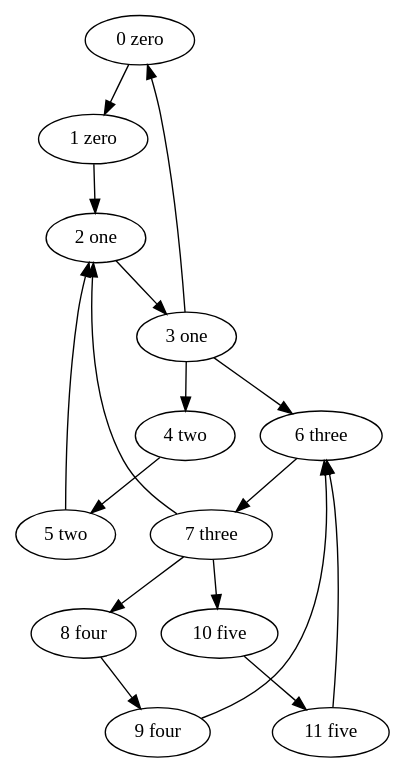
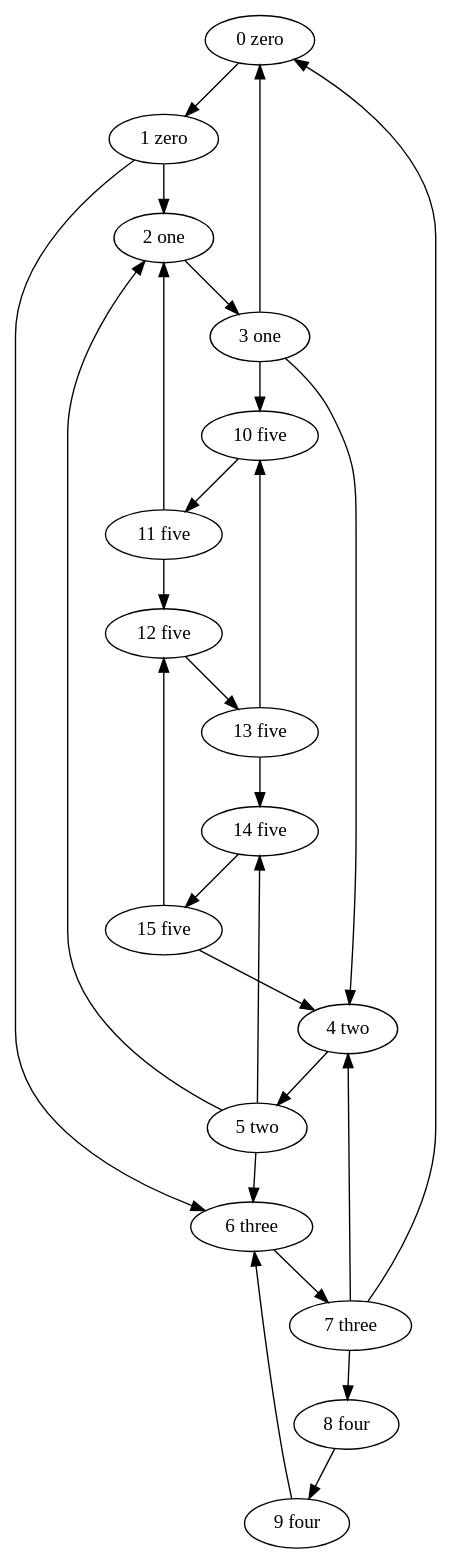
One commit to Xel4ek/lem_in changed the diagram in 1.gv. Above: the diagram before and after it, drawn with Graphviz. The commit also changed 205 other files, not shown here.

```diff
--- a/1.gv
+++ b/1.gv
@@ -1,30 +1,44 @@
 digraph 4 {
 	"0 zero";
 	"3 one";
 	"2 one";
 	"5 two";
 	"4 two";
 	"7 three";
 	"6 three";
 	"9 four";
 	"8 four";
 	"11 five";
 	"10 five";
+	"13 five";
+	"12 five";
+	"15 five";
+	"14 five";
 	"1 zero";
 	"3 one" -> "0 zero";
+	"7 three" -> "0 zero";
 	"2 one" -> "3 one";
 	"1 zero" -> "2 one";
 	"5 two" -> "2 one";
-	"7 three" -> "2 one";
+	"11 five" -> "2 one";
 	"4 two" -> "5 two";
+	"7 three" -> "4 two";
+	"15 five" -> "4 two";
 	"3 one" -> "4 two";
 	"6 three" -> "7 three";
-	"3 one" -> "6 three";
+	"1 zero" -> "6 three";
+	"5 two" -> "6 three";
 	"9 four" -> "6 three";
-	"11 five" -> "6 three";
 	"8 four" -> "9 four";
 	"7 three" -> "8 four";
 	"10 five" -> "11 five";
-	"7 three" -> "10 five";
+	"13 five" -> "10 five";
+	"3 one" -> "10 five";
+	"12 five" -> "13 five";
+	"15 five" -> "12 five";
+	"11 five" -> "12 five";
+	"14 five" -> "15 five";
+	"5 two" -> "14 five";
+	"13 five" -> "14 five";
 	"0 zero" -> "1 zero";
 	}
```
